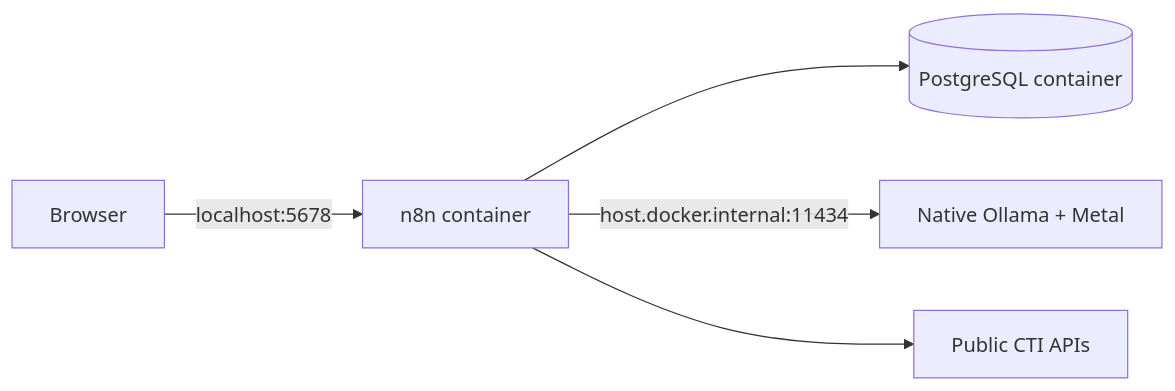
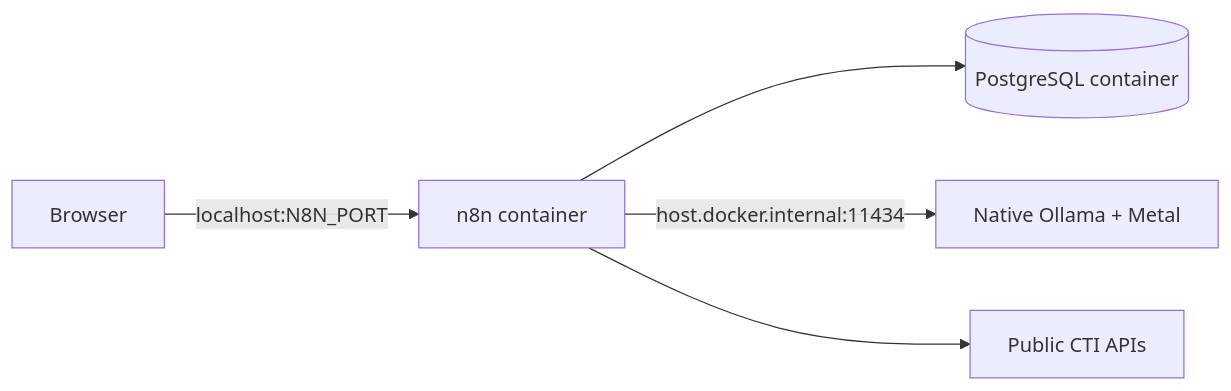
One commit to DimLeon009/threat-claim-monitor changed the diagram in docs/development/macos.md. Above: the diagram before and after it, drawn with Mermaid. The commit also changed other lines of this file and 45 other files, not shown here.

````diff
--- a/docs/development/macos.md
+++ b/docs/development/macos.md
@@ -14,7 +14,7 @@
 ```mermaid
 flowchart LR
-    B["Browser"] -->|"localhost:5678"| N["n8n container"]
+    B["Browser"] -->|"localhost:N8N_PORT"| N["n8n container"]
     N --> P[("PostgreSQL container")]
     N -->|"host.docker.internal:11434"| O["Native Ollama + Metal"]
     N --> I["Public CTI APIs"]
 ```
````
